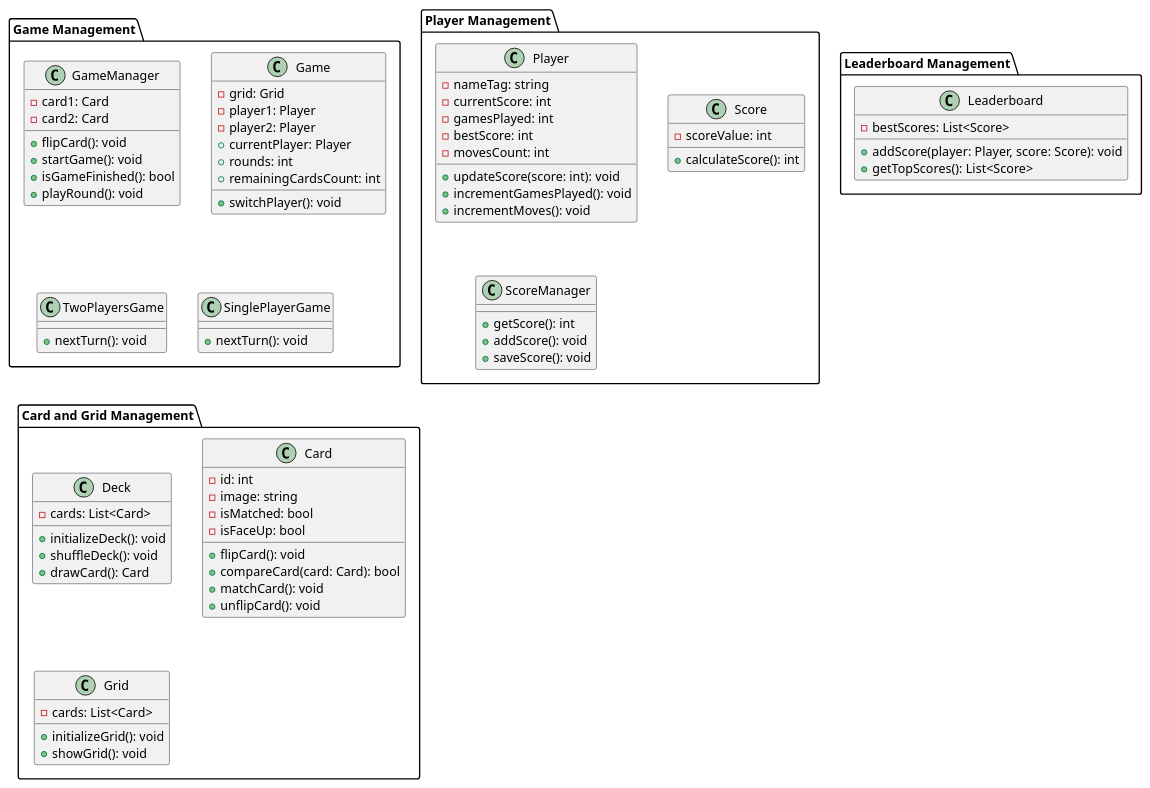
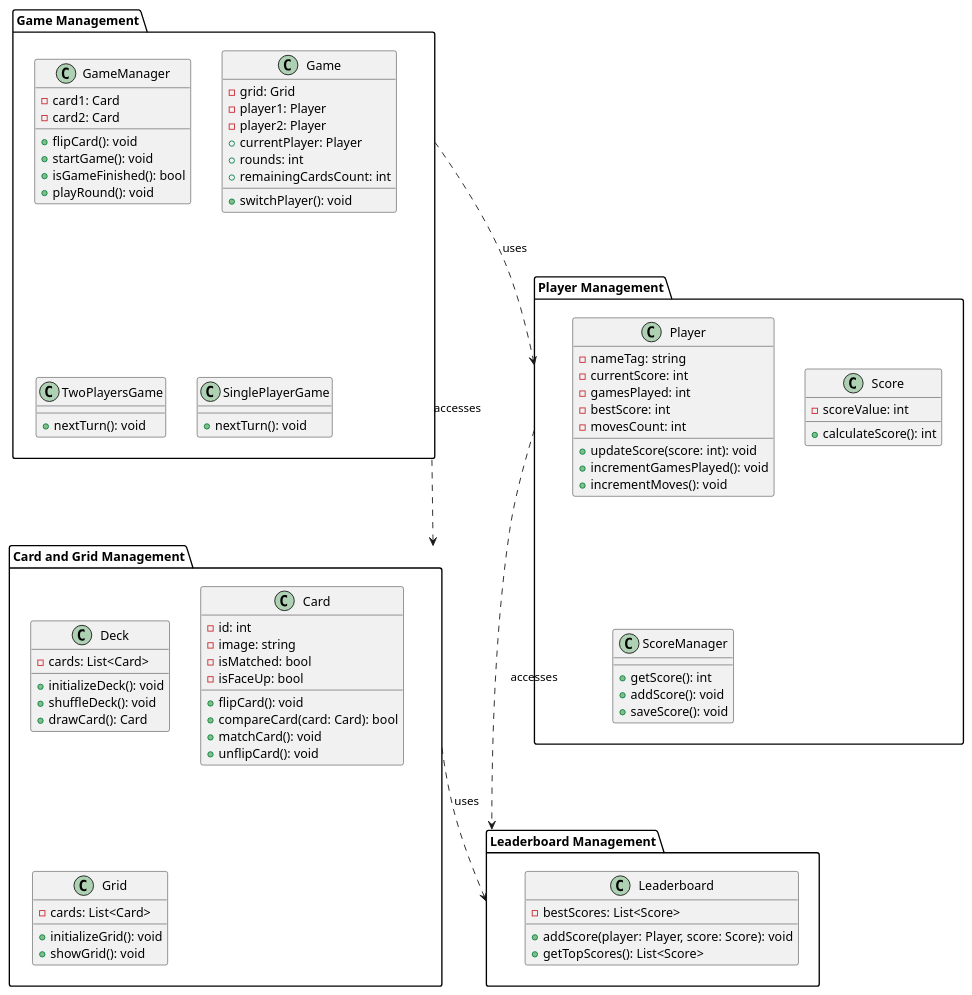
One commit to PosiTr0n505/Game-Memory changed the diagram in src/Docs/Diagrammes/paquetage.md. Above: the diagram before and after it, drawn with PlantUML.

Commit message:
Mise à jour de 'src/Docs/Diagrammes/paquetage.md'

````diff
--- a/src/Docs/Diagrammes/paquetage.md
+++ b/src/Docs/Diagrammes/paquetage.md
@@ -10,7 +10,7 @@
         +isGameFinished(): bool
         +playRound(): void
     }
-    
+
     class Game {
         -grid: Grid
         -player1: Player
@@ -88,5 +88,12 @@
     }
 }
 
+' Relations entre les paquets
+"Game Management" ..> "Player Management" : uses
+"Game Management" ..> "Card and Grid Management" : accesses
+"Card and Grid Management" ..> "Leaderboard Management" : uses
+"Player Management" ..> "Leaderboard Management" : accesses
+
 @enduml
+
 ```
````
